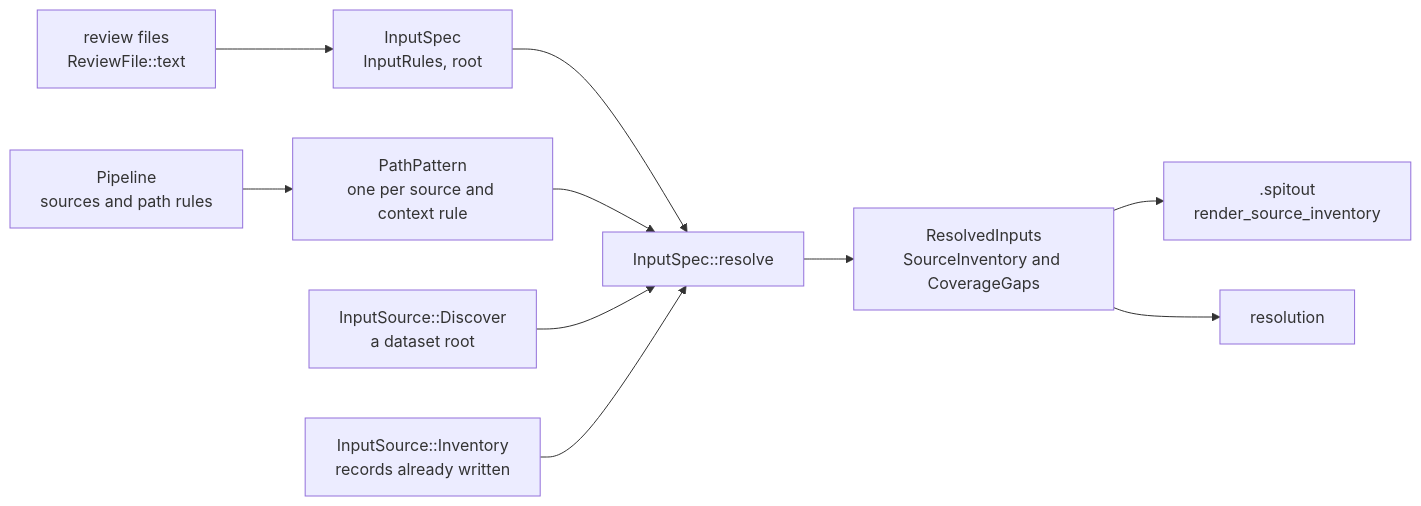
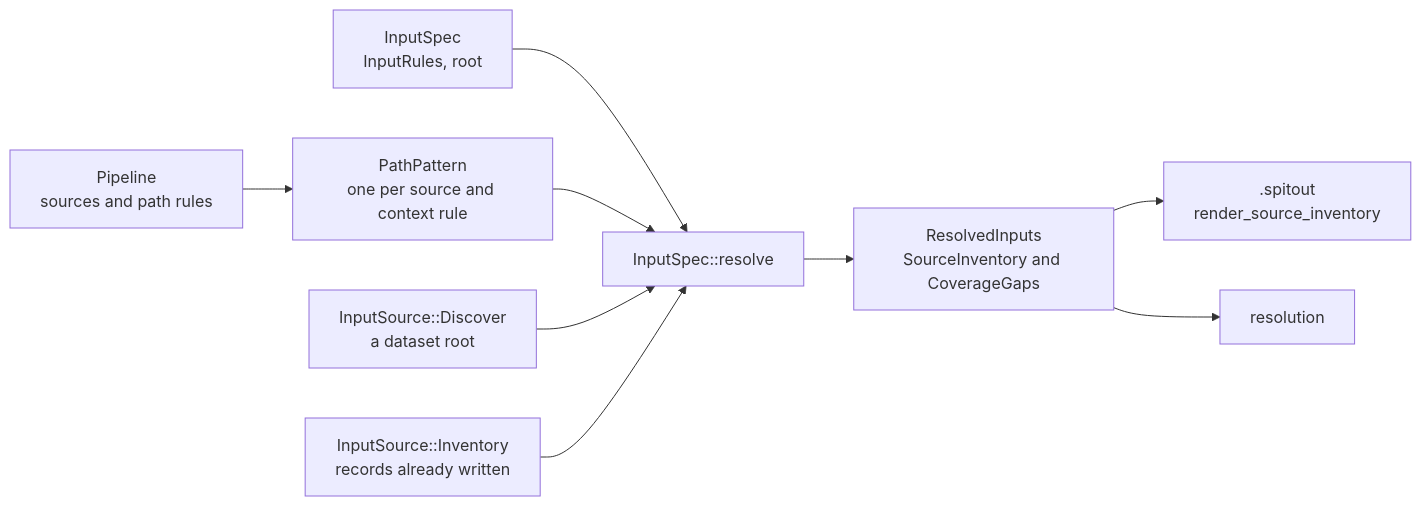
One commit to eclnz/spit changed the diagram in docs/architecture/inputs.md. Above: the diagram before and after it, drawn with Mermaid. The commit also changed other lines of this file and 28 other files, not shown here.

````diff
--- a/docs/architecture/inputs.md
+++ b/docs/architecture/inputs.md
@@ -5,12 +5,11 @@
 ```mermaid
 flowchart LR
     spec["InputSpec<br/>InputRules, root"] --> resolve["InputSpec::resolve"]
-    files["review files<br/>ReviewFile::text"] --> spec
     pipeline["Pipeline<br/>sources and path rules"] --> pattern["PathPattern<br/>one per source and context rule"]
     pattern --> resolve
     scan["InputSource::Discover<br/>a dataset root"] --> resolve
     records["InputSource::Inventory<br/>records already written"] --> resolve
     resolve --> resolved["ResolvedInputs<br/>SourceInventory and CoverageGaps"]
     resolved --> spitout[".spitout<br/>render_source_inventory"]
     resolved --> resolution["resolution"]
 ```
````
